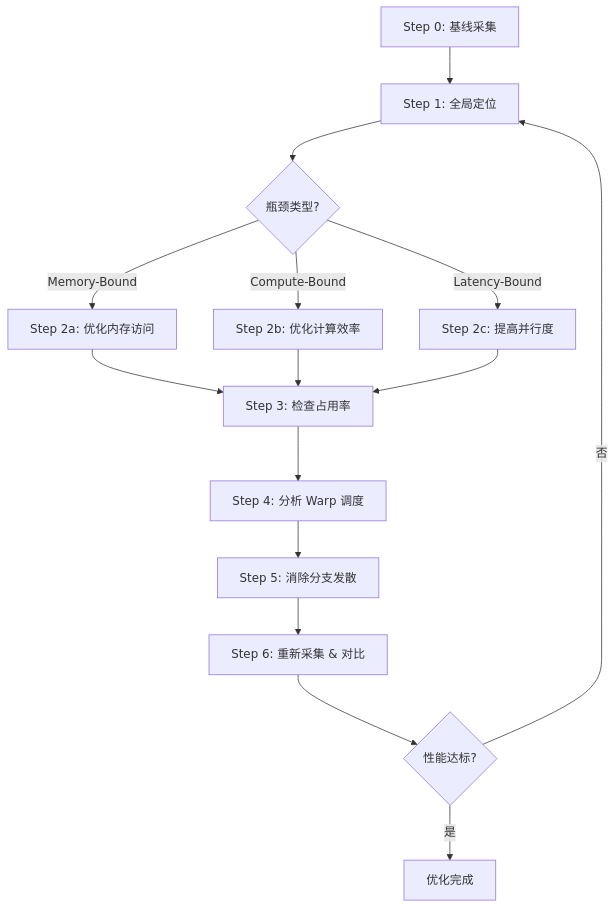
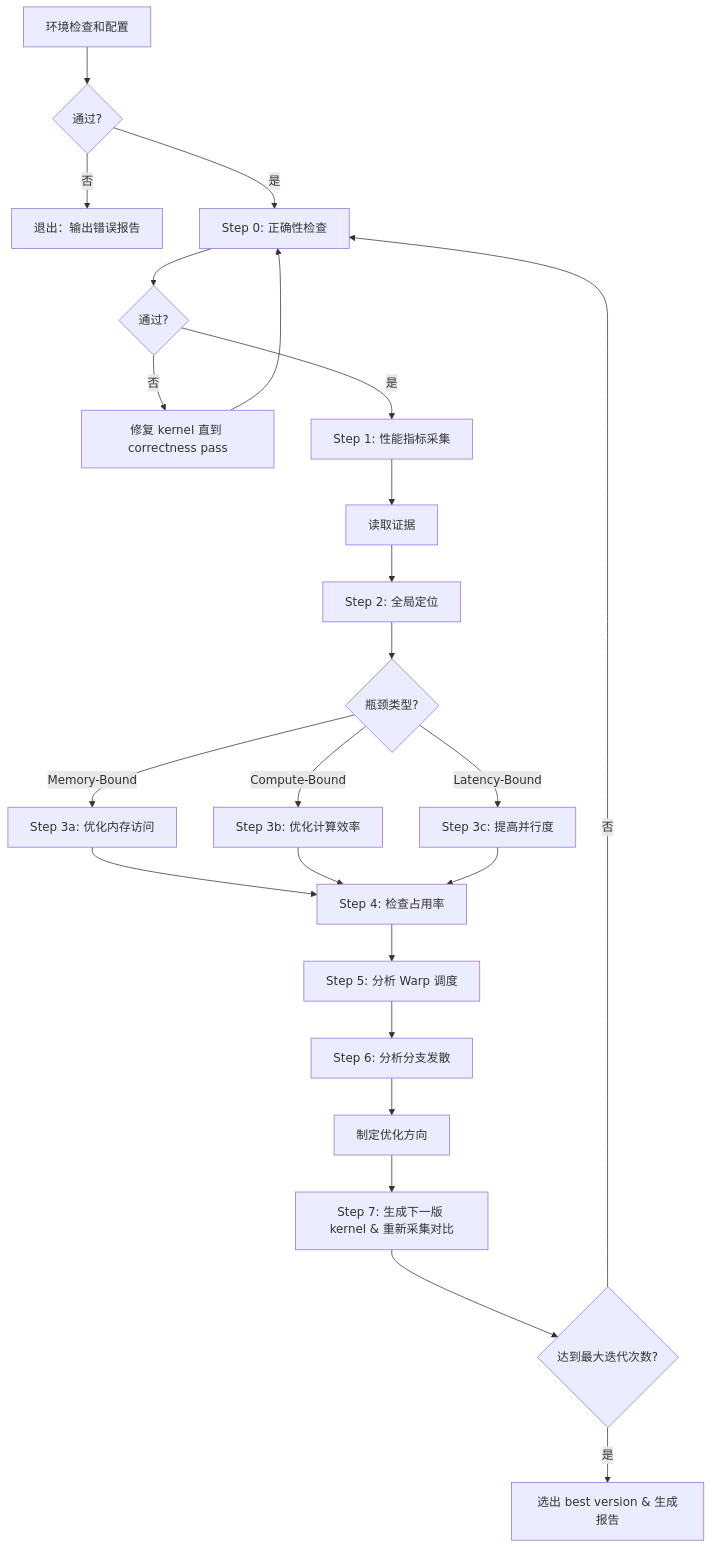
Before and after one commit to fmh66/kernel-opt-skill: the diagram in skills/kernel-opter-skill/SKILL.md, drawn with Mermaid. The commit also changed other lines of this file and 12 other files, not shown here.

````diff
--- a/skills/kernel-opter-skill/SKILL.md
+++ b/skills/kernel-opter-skill/SKILL.md
@@ -35,17 +10,25 @@
 ```mermaid
 flowchart TD
-    A[Step 0: 基线采集] --> B[Step 1: 全局定位]
+    ENV["环境检查和配置"] --> ENV_Q{通过?}
+    ENV_Q -->|否| ENV_FAIL[退出：输出错误报告]
+    ENV_Q -->|是| P["Step 0: 正确性检查"] --> Q{通过?}
+    Q -->|否| R[修复 kernel 直到 correctness pass]
+    R --> P
+    Q -->|是| A["Step 1: 性能指标采集"]
+    A --> A2["读取证据"]
+    A2 --> B[Step 2: 全局定位]
     B --> C{瓶颈类型?}
-    C -->|Memory-Bound| D[Step 2a: 优化内存访问]
-    C -->|Compute-Bound| E[Step 2b: 优化计算效率]
-    C -->|Latency-Bound| F[Step 2c: 提高并行度]
-    D --> G[Step 3: 检查占用率]
+    C -->|Memory-Bound| D[Step 3a: 优化内存访问]
+    C -->|Compute-Bound| E[Step 3b: 优化计算效率]
+    C -->|Latency-Bound| F[Step 3c: 提高并行度]
+    D --> G[Step 4: 检查占用率]
     E --> G
     F --> G
-    G --> H[Step 4: 分析 Warp 调度]
-    H --> I[Step 5: 消除分支发散]
-    I --> J[Step 6: 重新采集 & 对比]
-    J --> K{性能达标?}
-    K -->|否| B
-    K -->|是| L[优化完成]
+    G --> H[Step 5: 分析 Warp 调度]
+    H --> I[Step 6: 分析分支发散]
+    I --> I2["制定优化方向"]
+    I2 --> J["Step 7: 生成下一版 kernel & 重新采集对比"]
+    J --> K{达到最大迭代次数?}
+    K -->|否| P
+    K -->|是| L["选出 best version & 生成报告"]
 ```
````
